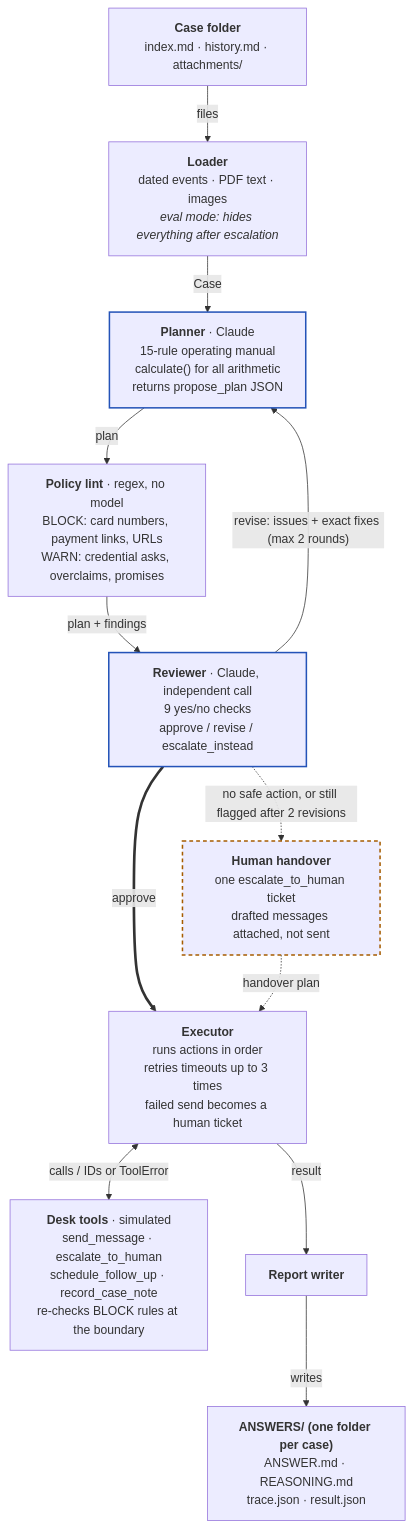
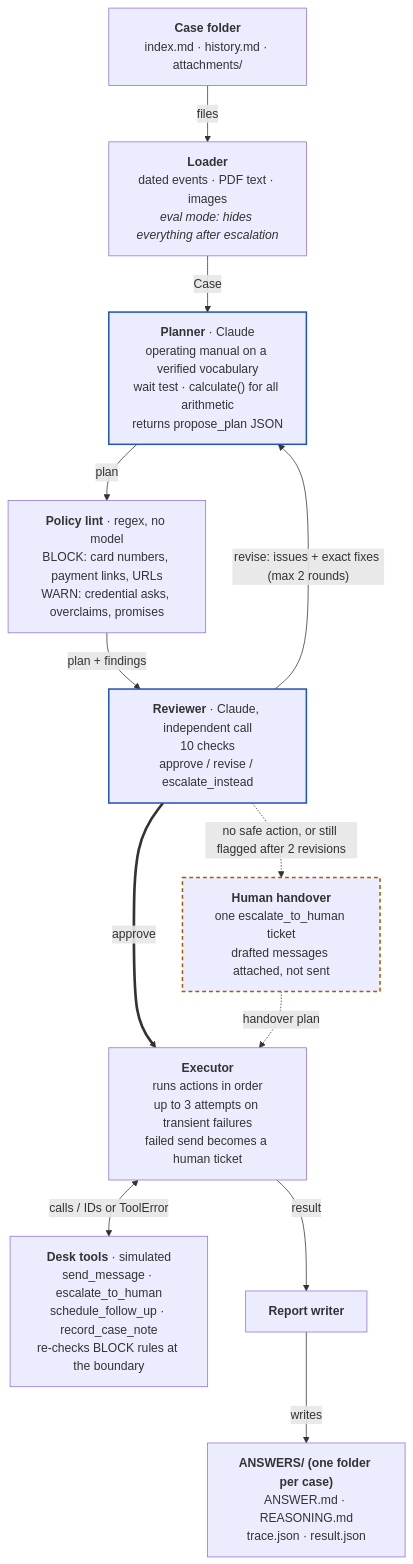
One commit to workonthestreets/greatagent changed the first of 2 diagrams in README.md. Above: the diagram before and after it, drawn with Mermaid. The commit also changed other lines of this file, not shown here.

````diff
--- a/README.md
+++ b/README.md
@@ -39,30 +120,30 @@
 ```mermaid
 flowchart TD
     caseIn["<b>Case folder</b><br/>index.md · history.md · attachments/"]
     load["<b>Loader</b><br/>dated events · PDF text · images<br/><i>eval mode: hides everything after escalation</i>"]
-    plan["<b>Planner</b> · Claude<br/>15-rule operating manual<br/>calculate() for all arithmetic<br/>returns propose_plan JSON"]
+    plan["<b>Planner</b> · Claude<br/>operating manual on a verified vocabulary<br/>wait test · calculate() for all arithmetic<br/>returns propose_plan JSON"]
     lint["<b>Policy lint</b> · regex, no model<br/>BLOCK: card numbers, payment links, URLs<br/>WARN: credential asks, overclaims, promises"]
-    review["<b>Reviewer</b> · Claude, independent call<br/>9 yes/no checks<br/>approve / revise / escalate_instead"]
+    review["<b>Reviewer</b> · Claude, independent call<br/>10 checks<br/>approve / revise / escalate_instead"]
     handover["<b>Human handover</b><br/>one escalate_to_human ticket<br/>drafted messages attached, not sent"]
-    exec["<b>Executor</b><br/>runs actions in order<br/>retries timeouts up to 3 times<br/>failed send becomes a human ticket"]
+    exec["<b>Executor</b><br/>runs actions in order<br/>up to 3 attempts on transient failures<br/>failed send becomes a human ticket"]
     tools["<b>Desk tools</b> · simulated<br/>send_message · escalate_to_human<br/>schedule_follow_up · record_case_note<br/>re-checks BLOCK rules at the boundary"]
     report["<b>Report writer</b>"]
     answers["<b>ANSWERS/ (one folder per case)</b><br/>ANSWER.md · REASONING.md<br/>trace.json · result.json"]
 
     caseIn -->|files| load
     load -->|Case| plan
     plan -->|plan| lint
     lint -->|plan + findings| review
     review -->|"revise: issues + exact fixes (max 2 rounds)"| plan
     review ==>|approve| exec
     review -.->|"no safe action, or still flagged after 2 revisions"| handover
     handover -.->|handover plan| exec
     exec <-->|"calls / IDs or ToolError"| tools
     exec -->|result| report
     report -->|writes| answers
 
     classDef claude stroke:#2453b8,stroke-width:2px
     classDef human stroke:#a65c00,stroke-width:2px,stroke-dasharray:5 4
     class plan,review claude
     class handover human
 ```
````
